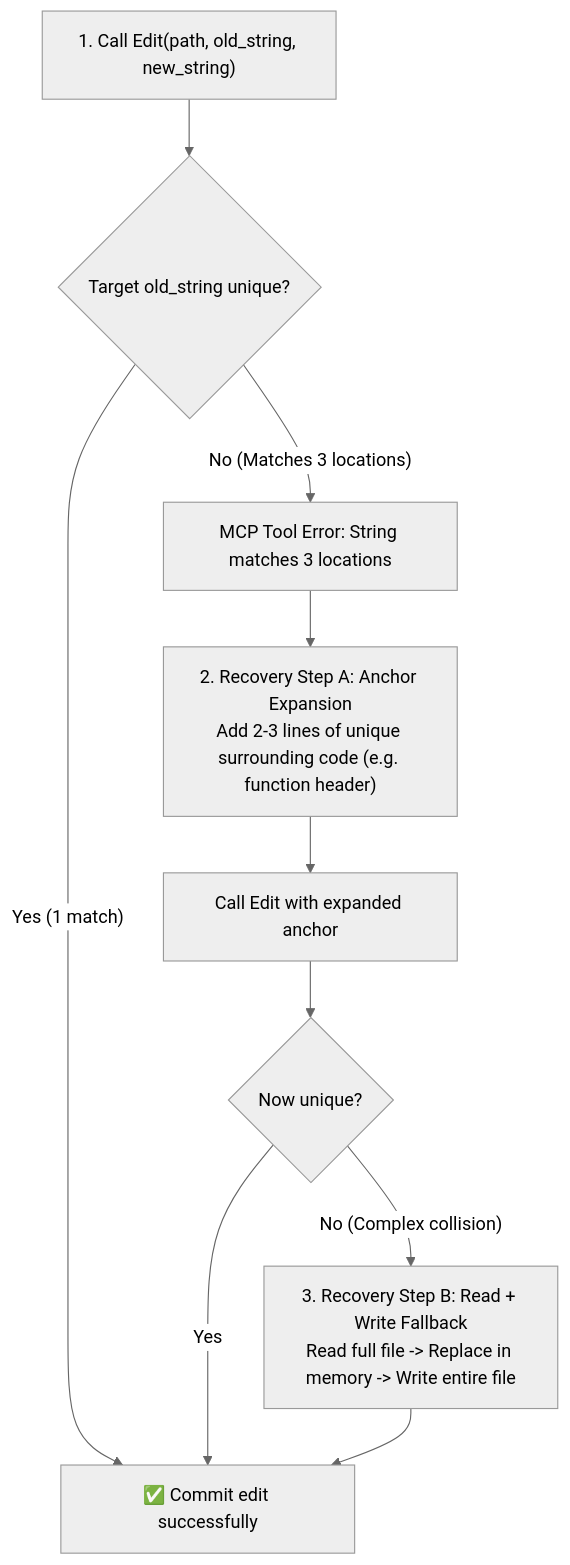
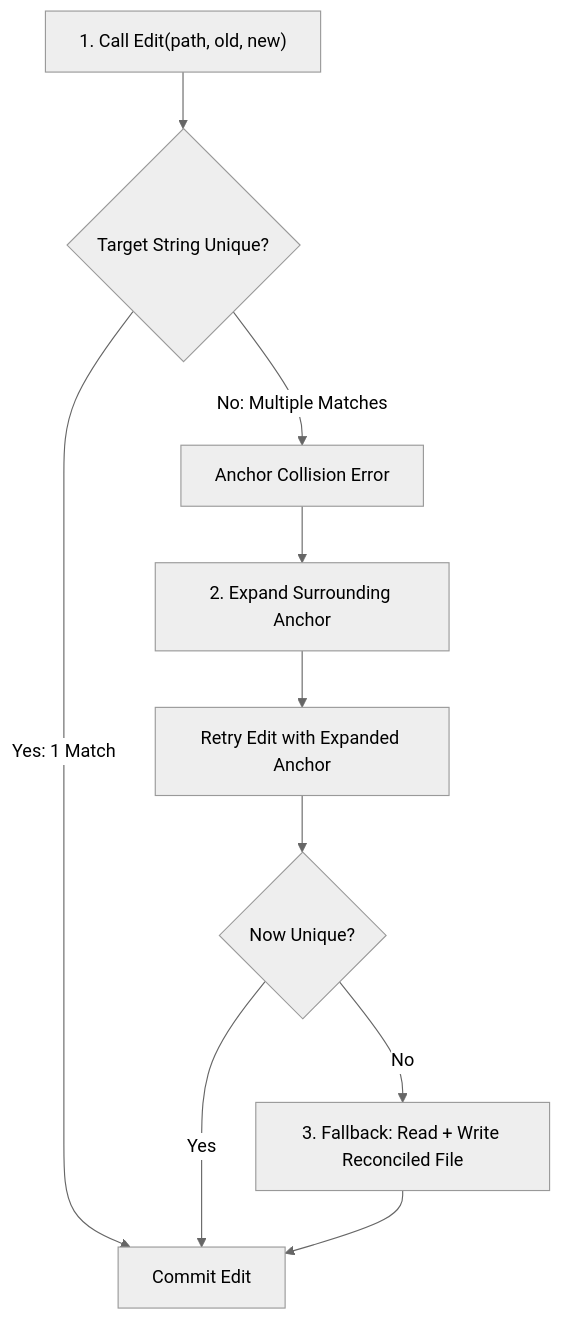
One commit to dip4k/claude_cert_architect_foundation_prep changed the third of 4 diagrams in scenarios/scenario_4_developer_productivity/SCENARIO_GUIDE.md. Above: the diagram before and after it, drawn with Mermaid (neutral theme). The commit also changed other lines of this file and 30 other files, not shown here.

Commit message:
docs: enhance domain and scenario guides with exam rules, golden rules, and simplified GitHub mermaid diagrams

````diff
--- a/scenarios/scenario_4_developer_productivity/SCENARIO_GUIDE.md
+++ b/scenarios/scenario_4_developer_productivity/SCENARIO_GUIDE.md
@@ -42,17 +92,12 @@
 ```mermaid
 flowchart TD
-    CallEdit["1. Call Edit(path, old_string, new_string)"] --> CheckUniqueness{"Target old_string unique?"}
-    
-    CheckUniqueness -- "Yes (1 match)" --> Success["✅ Commit edit successfully"]
-    
-    CheckUniqueness -- "No (Matches 3 locations)" --> ErrorResponse["MCP Tool Error: String matches 3 locations"]
-    
-    ErrorResponse --> Expansion["2. Recovery Step A: Anchor Expansion<br/>Add 2-3 lines of unique surrounding code (e.g. function header)"]
-    
-    Expansion --> RetryEdit["Call Edit with expanded anchor"]
-    RetryEdit --> RetryCheck{"Now unique?"}
-    
-    RetryCheck -- "Yes" --> Success
-    RetryCheck -- "No (Complex collision)" --> FallbackWrite["3. Recovery Step B: Read + Write Fallback<br/>Read full file -> Replace in memory -> Write entire file"]
+    CallEdit["1. Call Edit(path, old, new)"] --> CheckUniqueness{"Target String Unique?"}
+    CheckUniqueness -->|Yes: 1 Match| Success["Commit Edit"]
+    CheckUniqueness -->|No: Multiple Matches| ErrorResponse["Anchor Collision Error"]
+    ErrorResponse --> Expansion["2. Expand Surrounding Anchor"]
+    Expansion --> RetryEdit["Retry Edit with Expanded Anchor"]
+    RetryEdit --> RetryCheck{"Now Unique?"}
+    RetryCheck -->|Yes| Success
+    RetryCheck -->|No| FallbackWrite["3. Fallback: Read + Write Reconciled File"]
     FallbackWrite --> Success
 ```
````
